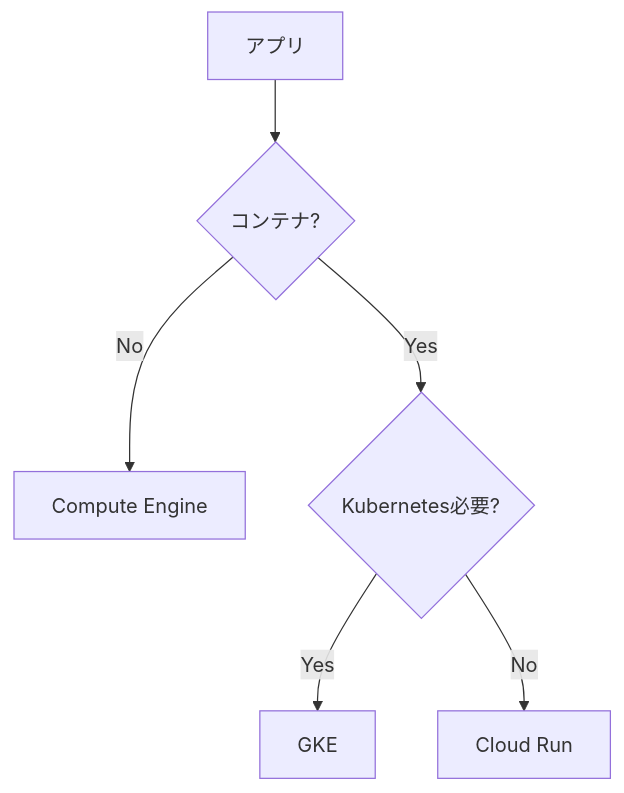
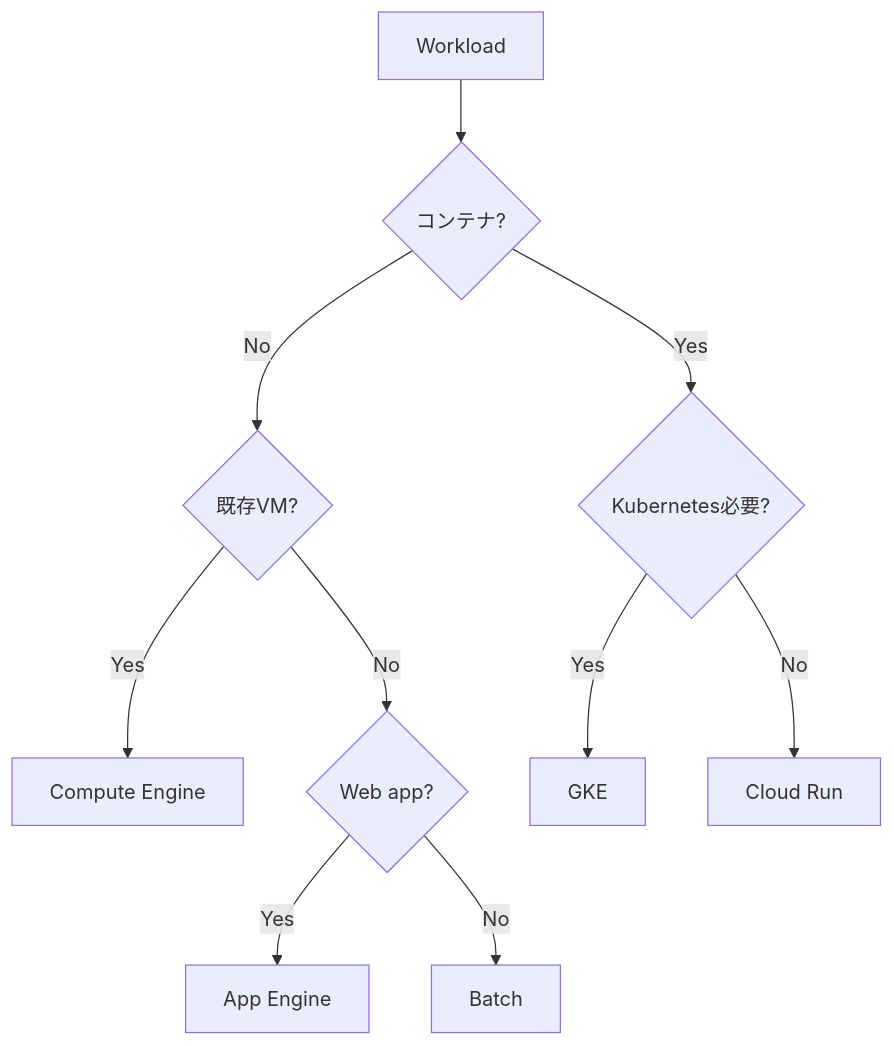
One commit to conti0513/development_public changed the second of 11 diagrams in 06_LAB/01_GCP_ACE_HACK/sessions_ver262/03_compute-engine.md. Above: the diagram before and after it, drawn with Mermaid. The commit also changed other lines of this file and 22 other files, not shown here.

````diff
--- a/06_LAB/01_GCP_ACE_HACK/sessions_ver262/03_compute-engine.md
+++ b/06_LAB/01_GCP_ACE_HACK/sessions_ver262/03_compute-engine.md
@@ -36,12 +30,17 @@
 ```mermaid
 flowchart TD
-Q[アプリ] --> A{コンテナ?}
+A[Workload] --> B{コンテナ?}
 
-A -->|No| B[Compute Engine]
+B -->|No| C{既存VM?}
 
-A -->|Yes| C{Kubernetes必要?}
+C -->|Yes| D[Compute Engine]
+C -->|No| E{Web app?}
 
-C -->|Yes| D[GKE]
+E -->|Yes| F[App Engine]
+E -->|No| G[Batch]
 
-C -->|No| E[Cloud Run]
+B -->|Yes| H{Kubernetes必要?}
+
+H -->|Yes| I[GKE]
+H -->|No| J[Cloud Run]
 ```
````
